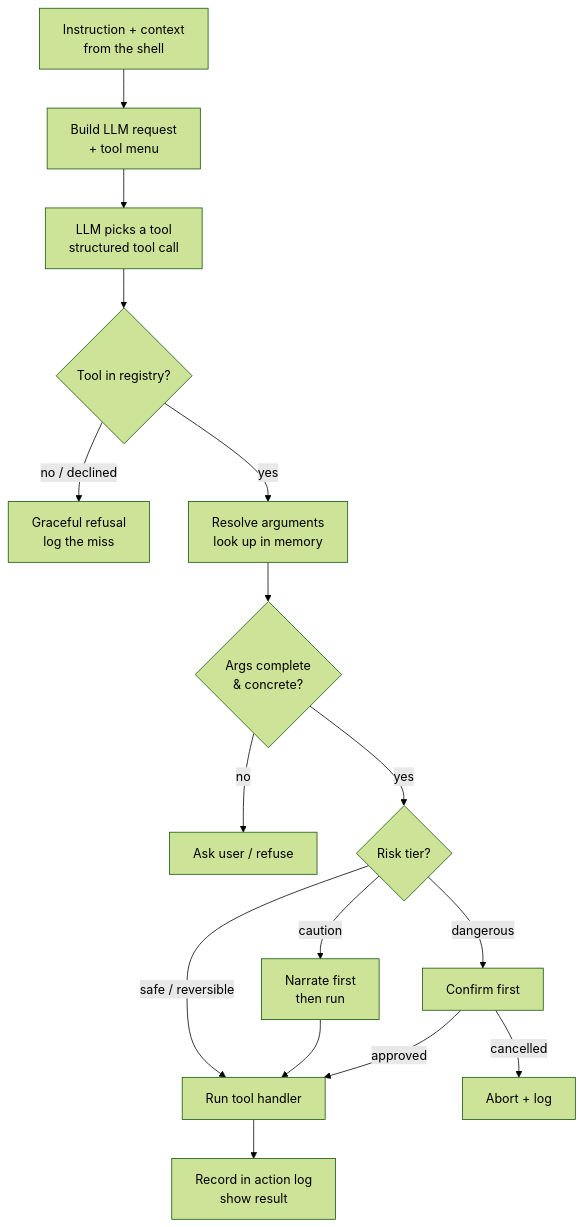
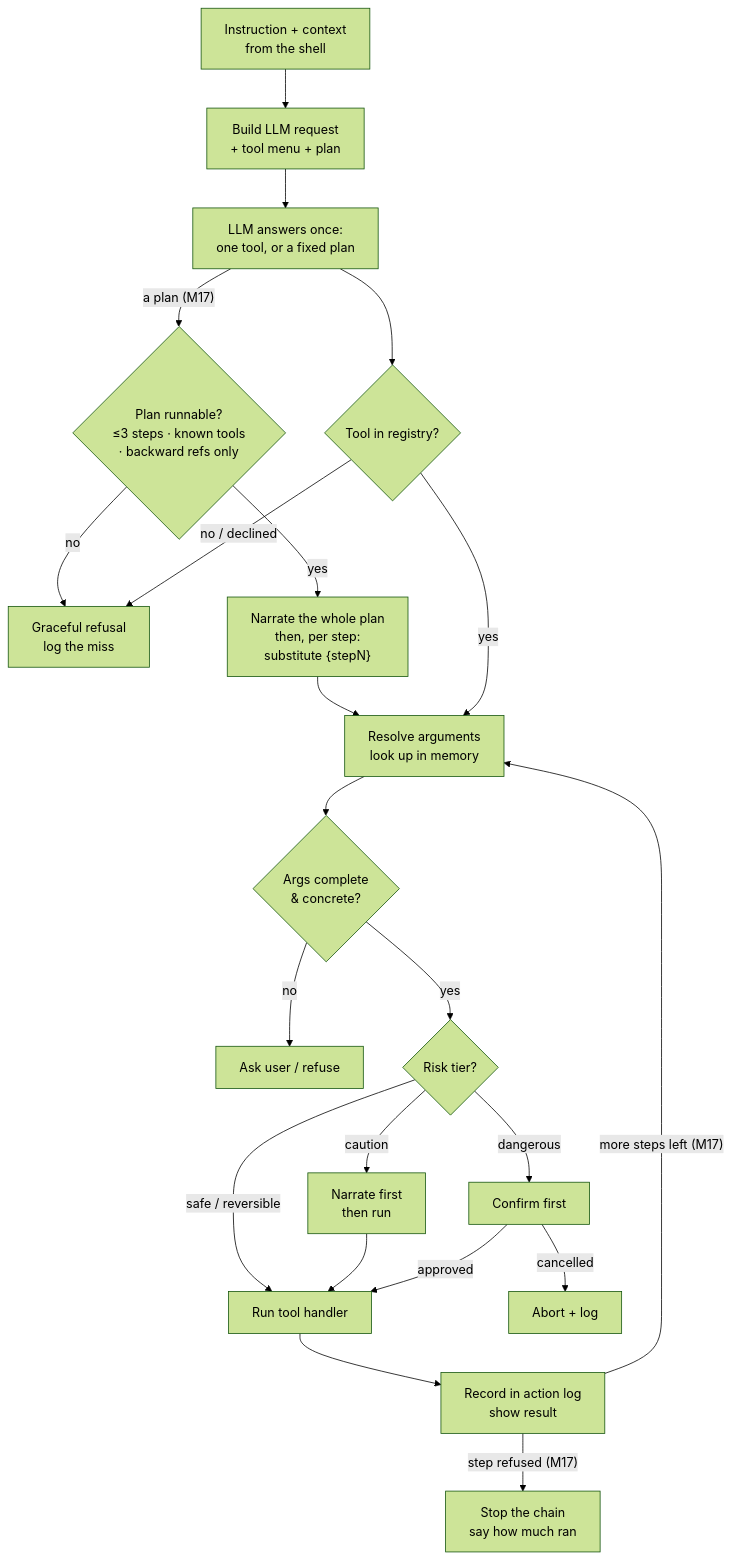
Before and after one commit to Sejall-089/voice-agent: the second of 9 diagrams in ARCHITECTURE.md, drawn with Mermaid (forest theme). The commit also changed other lines of this file and 10 other files, not shown here.

````diff
--- a/ARCHITECTURE.md
+++ b/ARCHITECTURE.md
@@ -140,18 +140,24 @@
 ```mermaid
 flowchart TB
-    A["Instruction + context<br/>from the shell"] --> B["Build LLM request<br/>+ tool menu"]
-    B --> C["LLM picks a tool<br/>structured tool call"]
+    A["Instruction + context<br/>from the shell"] --> B["Build LLM request<br/>+ tool menu + plan"]
+    B --> C["LLM answers once:<br/>one tool, or a fixed plan"]
+    C -- "a plan (M17)" --> P{"Plan runnable?<br/>≤3 steps · known tools<br/>· backward refs only"}
+    P -- "no" --> R
+    P -- "yes" --> PN["Narrate the whole plan<br/>then, per step:<br/>substitute {stepN}"]
+    PN --> E
     C --> D{"Tool in registry?"}
     D -- "no / declined" --> R["Graceful refusal<br/>log the miss"]
     D -- "yes" --> E["Resolve arguments<br/>look up in memory"]
     E --> F{"Args complete<br/>&amp; concrete?"}
     F -- "no" --> Q["Ask user / refuse"]
     F -- "yes" --> G{"Risk tier?"}
     G -- "safe / reversible" --> I["Run tool handler"]
     G -- "caution" --> N["Narrate first<br/>then run"]
     G -- "dangerous" --> H["Confirm first"]
     N --> I
     H -- "approved" --> I
     H -- "cancelled" --> X["Abort + log"]
     I --> J["Record in action log<br/>show result"]
+    J -- "more steps left (M17)" --> E
+    J -- "step refused (M17)" --> S["Stop the chain<br/>say how much ran"]
 ```
````
